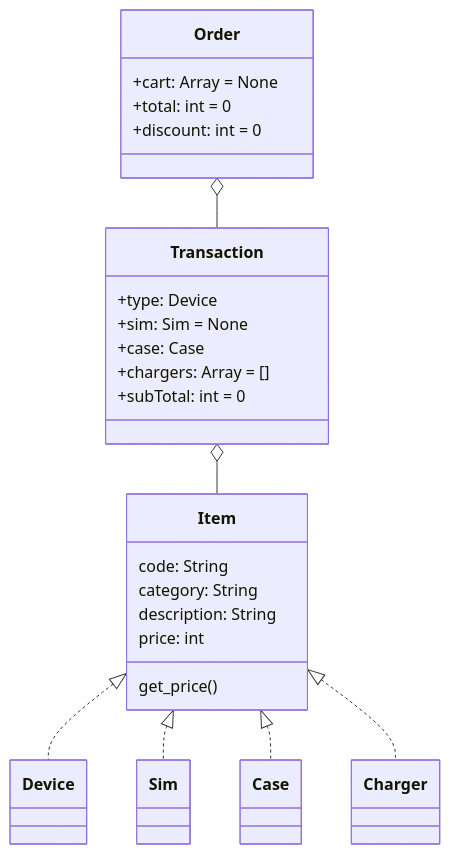
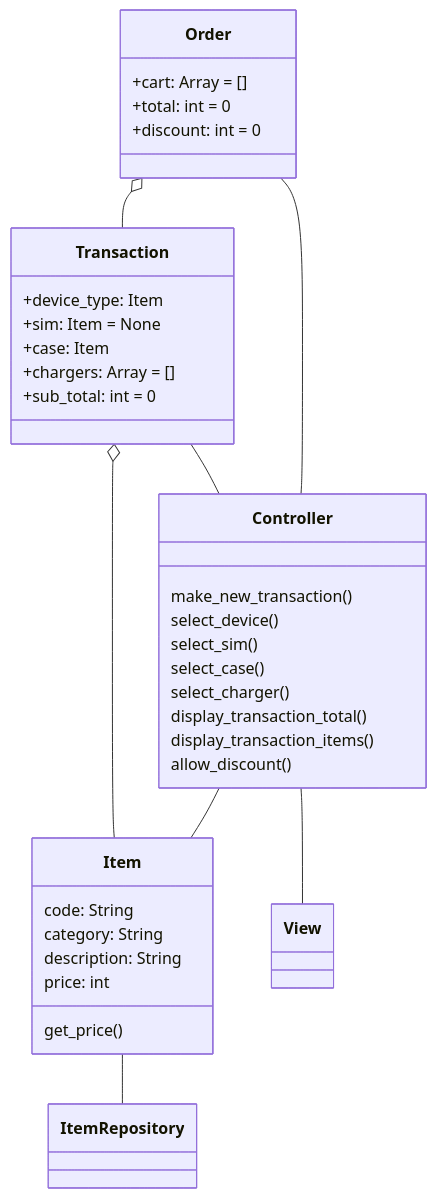
The diagram in docs/README.md (matbgn/terminal-shop), drawn with Mermaid before and after one commit. The commit also changed other lines of this file and 10 other files, not shown here.

````diff
--- a/docs/README.md
+++ b/docs/README.md
@@ -5,33 +7,48 @@
 ```mermaid
 classDiagram
-    Item <|.. Device
-    Item <|.. Sim
-    Item <|.. Case
-    Item <|.. Charger
-    
+ 
     Order o-- Transaction
     
     Transaction o-- Item
+    
+    Item -- ItemRepository
+    
+    Order -- Controller
+    Transaction -- Controller
+    Controller -- Item
+    
+    Controller -- View
+    
+    class Controller {
+        make_new_transaction()
+        select_device()
+        select_sim()
+        select_case()
+        select_charger()
+        display_transaction_total()
+        display_transaction_items()
+        allow_discount()
+    }
     
     class Item {
       code: String
       category: String
       description: String
       price: int
       get_price()
     }
     
     class Order {
-      +cart: Array<Transaction> = None
+      +cart: Array<Transaction> = []
       +total: int = 0
       +discount: int = 0
     }
     
     class Transaction {
-      +type: Device
-      +sim: Sim = None
-      +case: Case
-      +chargers: Array<Charger> = []
-      +subTotal: int = 0
+      +device_type: Item
+      +sim: Item = None
+      +case: Item
+      +chargers: Array<Item> = []
+      +sub_total: int = 0
     }
 ```
````
